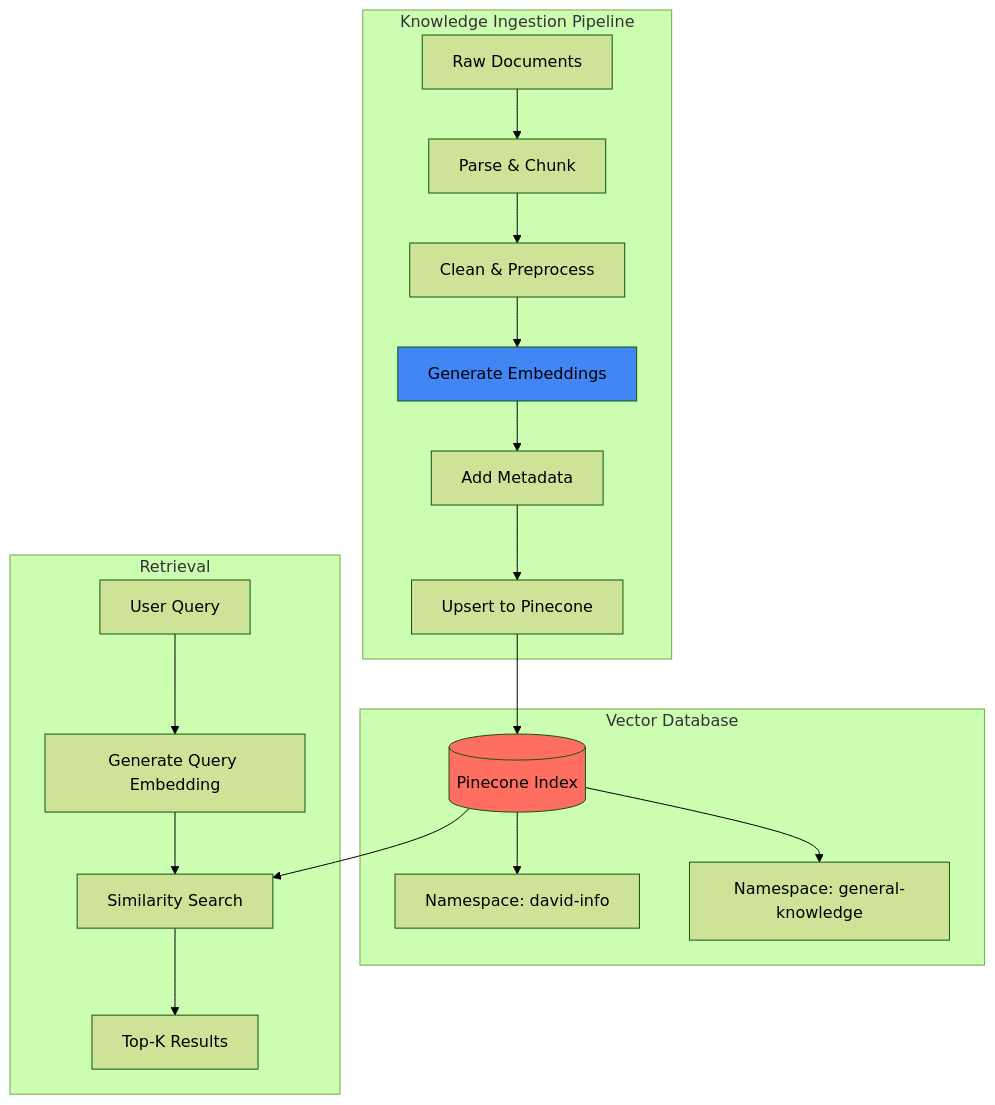
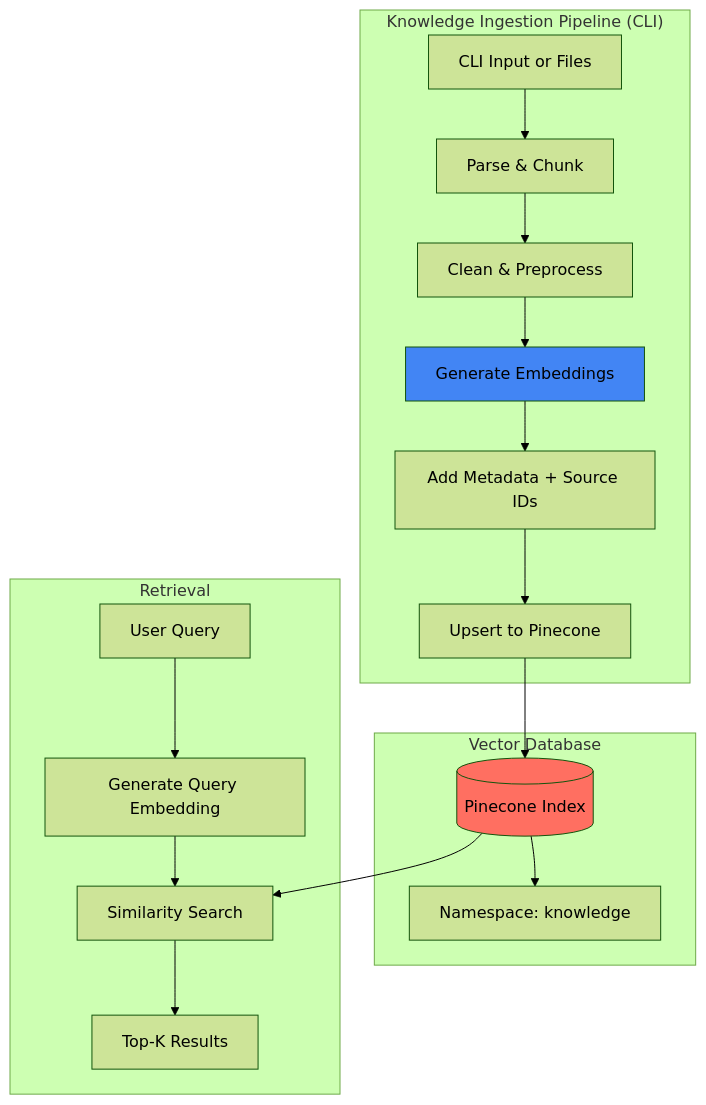
Diagram 13 of 30 in ARCHITECTURE.md (hoangsonww/AI-RAG-Assistant-Chatbot), drawn with Mermaid (forest theme) before and after one commit. The commit also changed other lines of this file and 30 other files, not shown here.

First line of the commit message:
feat(rag): enhance RAG pipeline with inline citations, knowledge CLI, and improved source management

````diff
--- a/ARCHITECTURE.md
+++ b/ARCHITECTURE.md
@@ -583,26 +583,25 @@
 ```mermaid
 graph TD
-    subgraph "Knowledge Ingestion Pipeline"
-        RawDocs[Raw Documents] --> Parse[Parse & Chunk]
+    subgraph "Knowledge Ingestion Pipeline (CLI)"
+        RawDocs[CLI Input or Files] --> Parse[Parse & Chunk]
         Parse --> Clean[Clean & Preprocess]
         Clean --> Embed[Generate Embeddings]
-        Embed --> Metadata[Add Metadata]
+        Embed --> Metadata[Add Metadata + Source IDs]
         Metadata --> Upsert[Upsert to Pinecone]
     end
 
     subgraph "Vector Database"
         Upsert --> PineconeIndex[(Pinecone Index)]
-        PineconeIndex --> Namespace1[Namespace: david-info]
-        PineconeIndex --> Namespace2[Namespace: general-knowledge]
+        PineconeIndex --> Namespace1[Namespace: knowledge]
     end
 
     subgraph "Retrieval"
         Query[User Query] --> QueryEmbed[Generate Query Embedding]
         QueryEmbed --> Search[Similarity Search]
         PineconeIndex --> Search
         Search --> Results[Top-K Results]
     end
 
     style PineconeIndex fill:#FF6F61
     style Embed fill:#4285F4
 ```
````
